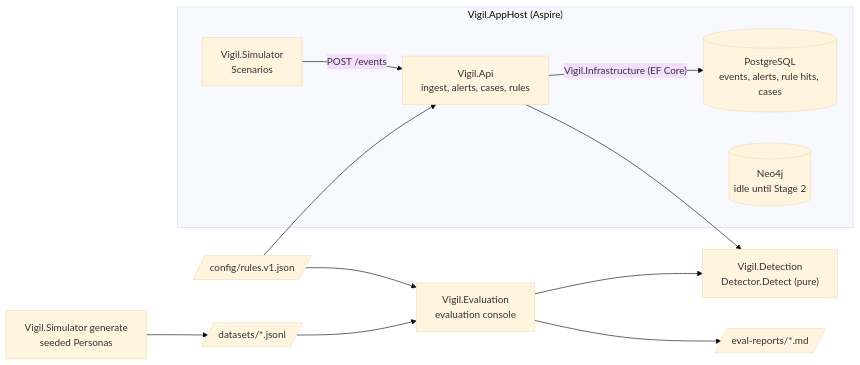
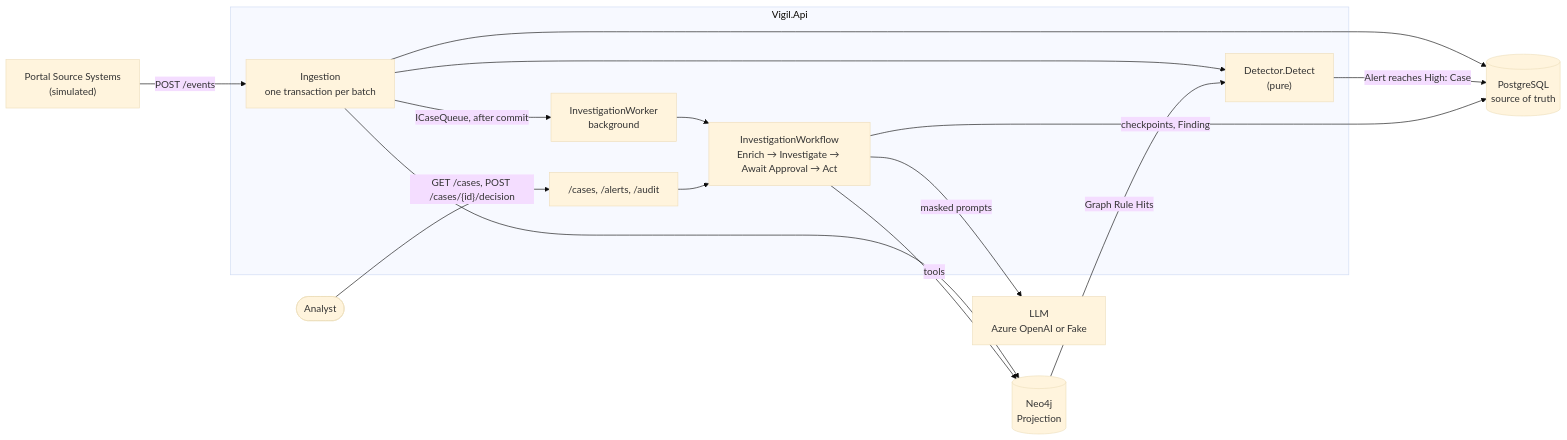
The first of 9 diagrams in docs/architecture.md (NaveenManjappa/vigil), drawn with Mermaid (base theme) before and after one commit. The commit also changed other lines of this file and 5 other files, not shown here.

Commit message:
Stage 4: architecture covers the whole system; PROJECT.md framed around the business problem; README, ADR-0009/0011 and CLAUDE.md brought up to date

````diff
--- a/docs/architecture.md
+++ b/docs/architecture.md
@@ -7,25 +28,28 @@
 ```mermaid
 flowchart LR
-    subgraph AppHost["Vigil.AppHost (Aspire)"]
-        Sim["Vigil.Simulator<br/>Scenarios"]
-        Api["Vigil.Api<br/>ingest, alerts, cases, rules"]
-        Pg[("PostgreSQL<br/>events, alerts, rule hits, cases")]
-        Neo[("Neo4j<br/>idle until Stage 2")]
+    Src["Portal Source Systems<br/>(simulated)"] -- "POST /events" --> Ing
+
+    subgraph Api["Vigil.Api"]
+        Ing["Ingestion<br/>one transaction per batch"]
+        Det["Detector.Detect<br/>(pure)"]
+        Worker["InvestigationWorker<br/>background"]
+        Wf["InvestigationWorkflow<br/>Enrich → Investigate → Await Approval → Act"]
+        Cases["/cases, /alerts, /audit"]
     end
 
-    Rules[/"config/rules.v1.json"/]
-    Det["Vigil.Detection<br/>Detector.Detect (pure)"]
-    Gen["Vigil.Simulator generate<br/>seeded Personas"]
-    Ds[/"datasets/*.jsonl"/]
-    Eval["Vigil.Evaluation<br/>evaluation console"]
-    Rep[/"eval-reports/*.md"/]
+    Pg[("PostgreSQL<br/>source of truth")]
+    Neo[("Neo4j<br/>Projection")]
+    Llm["LLM<br/>Azure OpenAI or Fake"]
+    Analyst(["Analyst"])
 
-    Sim -- "POST /events" --> Api
-    Api -- "Vigil.Infrastructure (EF Core)" --> Pg
-    Api --> Det
-    Rules --> Api
-    Gen --> Ds --> Eval
-    Rules --> Eval
-    Eval --> Det
-    Eval --> Rep
+    Ing --> Pg
+    Ing --> Neo
+    Ing --> Det
+    Neo -- "Graph Rule Hits" --> Det
+    Det -- "Alert reaches High: Case" --> Pg
+    Ing -- "ICaseQueue, after commit" --> Worker --> Wf
+    Wf -- "masked prompts" --> Llm
+    Wf -- "tools" --> Neo
+    Wf -- "checkpoints, Finding" --> Pg
+    Analyst -- "GET /cases, POST /cases/{id}/decision" --> Cases --> Wf
 ```
````
